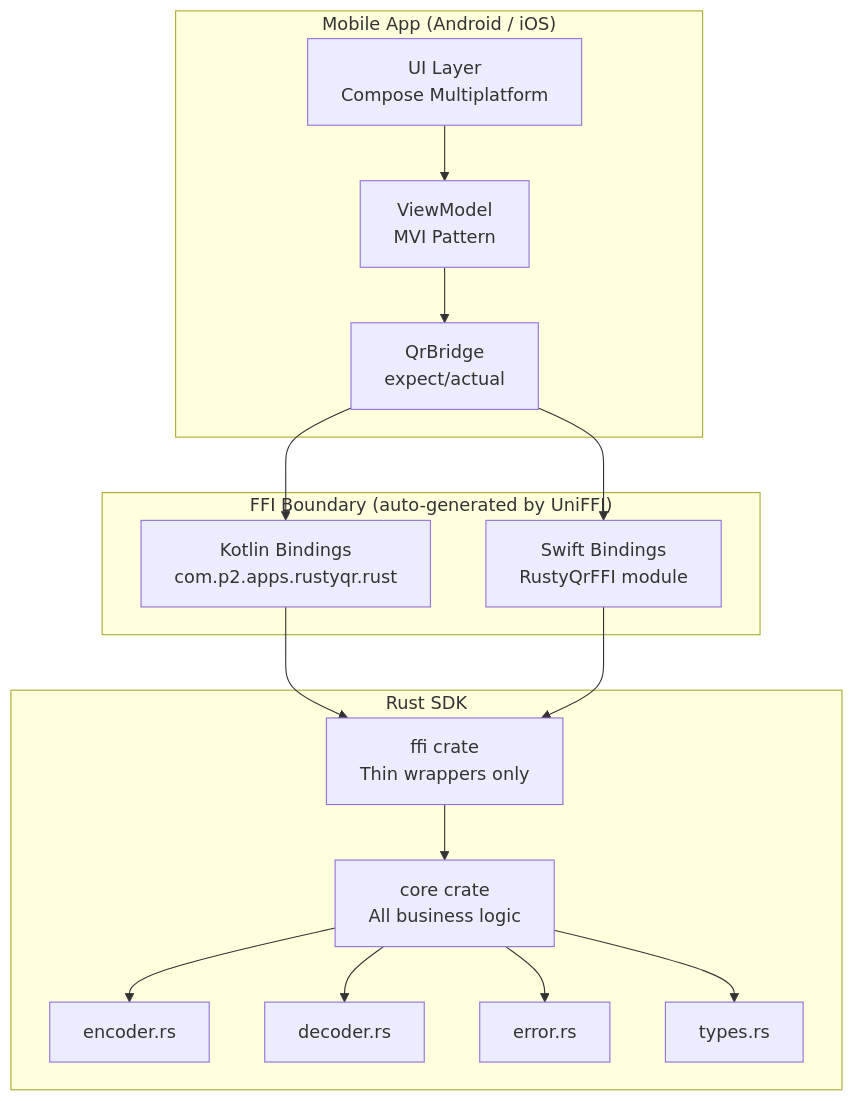
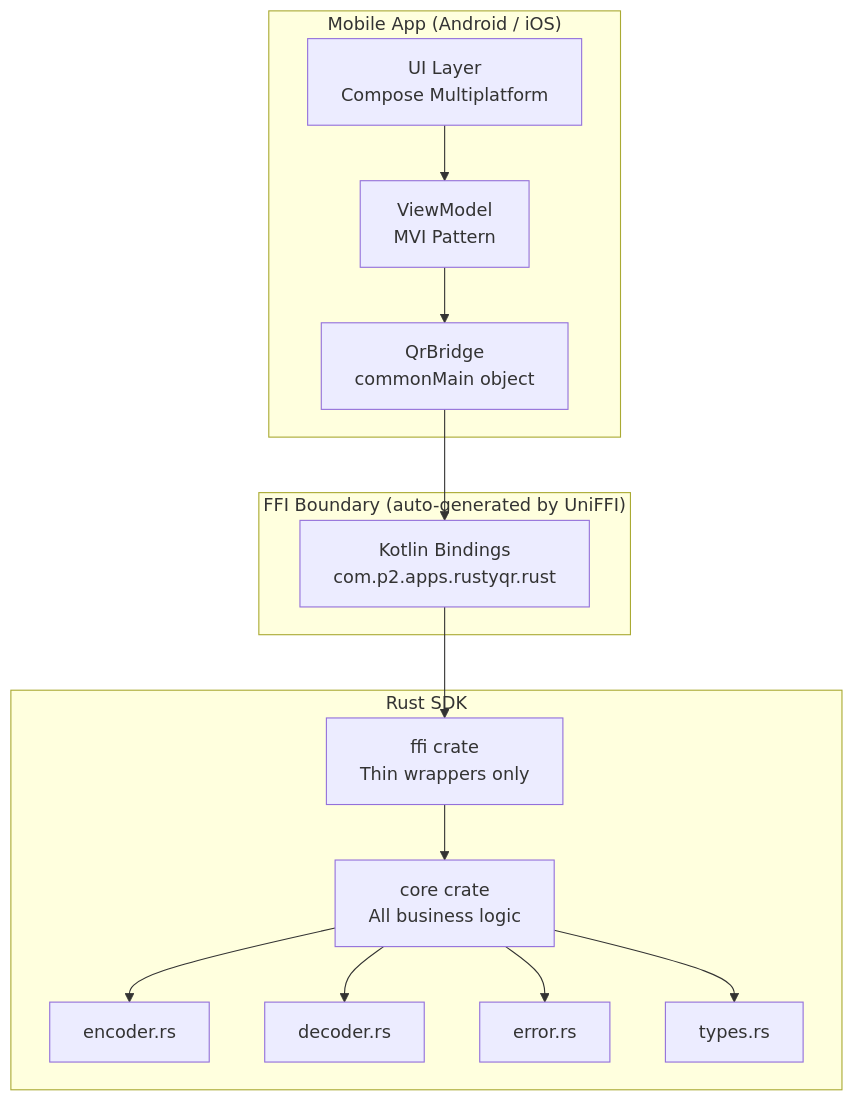
One commit to prasannajeet/RustyQR changed the fifth of 8 diagrams in rustySDK/README.md. Above: the diagram before and after it, drawn with Mermaid. The commit also changed other lines of this file and 25 other files, not shown here.

````diff
--- a/rustySDK/README.md
+++ b/rustySDK/README.md
@@ -536,34 +521,31 @@
 ```mermaid
 graph TB
     subgraph "Mobile App (Android / iOS)"
         UI[UI Layer<br/>Compose Multiplatform]
         VM[ViewModel<br/>MVI Pattern]
-        Bridge[QrBridge<br/>expect/actual]
+        Bridge[QrBridge<br/>commonMain object]
     end
 
     subgraph "FFI Boundary (auto-generated by UniFFI)"
         KT[Kotlin Bindings<br/>com.p2.apps.rustyqr.rust]
-        SW[Swift Bindings<br/>RustyQrFFI module]
     end
 
     subgraph "Rust SDK"
         FFI[ffi crate<br/>Thin wrappers only]
         Core[core crate<br/>All business logic]
         Enc[encoder.rs]
         Dec[decoder.rs]
         Err[error.rs]
         Typ[types.rs]
     end
 
     UI --> VM
     VM --> Bridge
     Bridge --> KT
-    Bridge --> SW
     KT --> FFI
-    SW --> FFI
     FFI --> Core
     Core --> Enc
     Core --> Dec
     Core --> Err
     Core --> Typ
 ```
````
